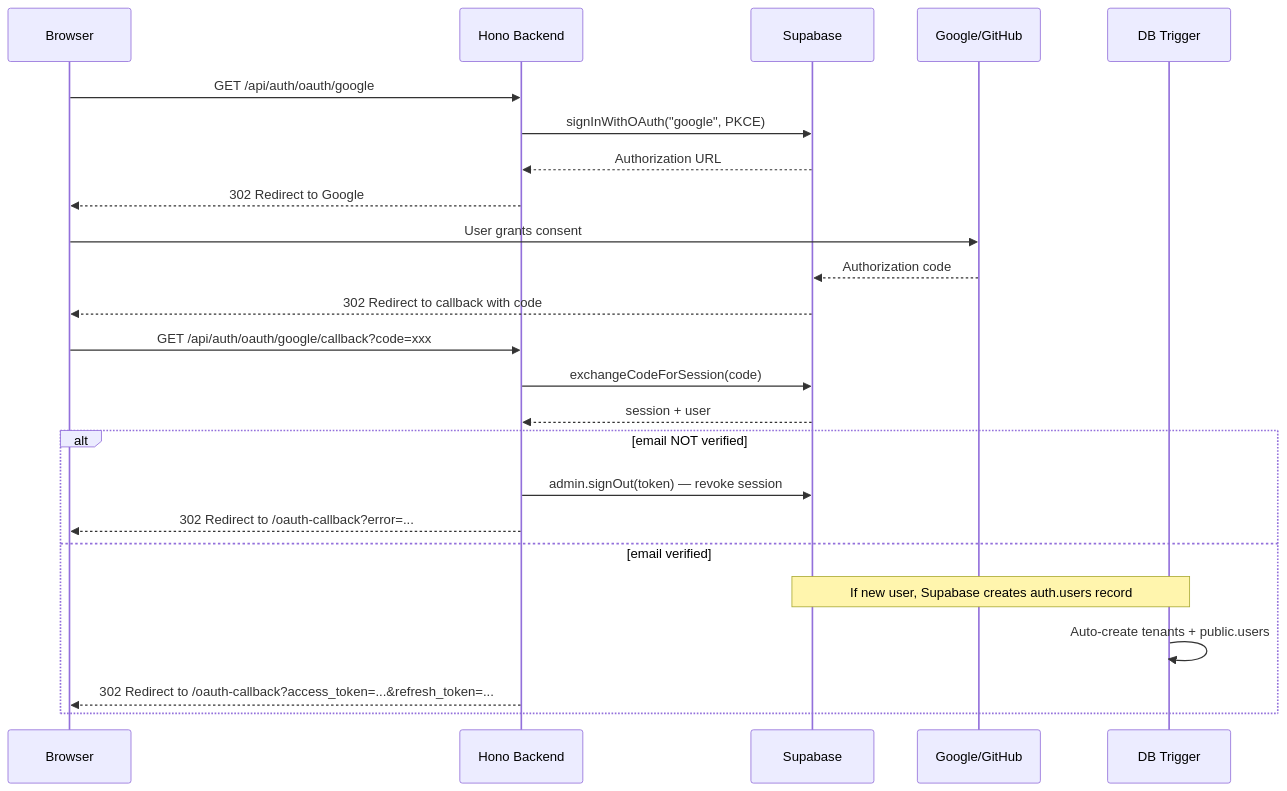
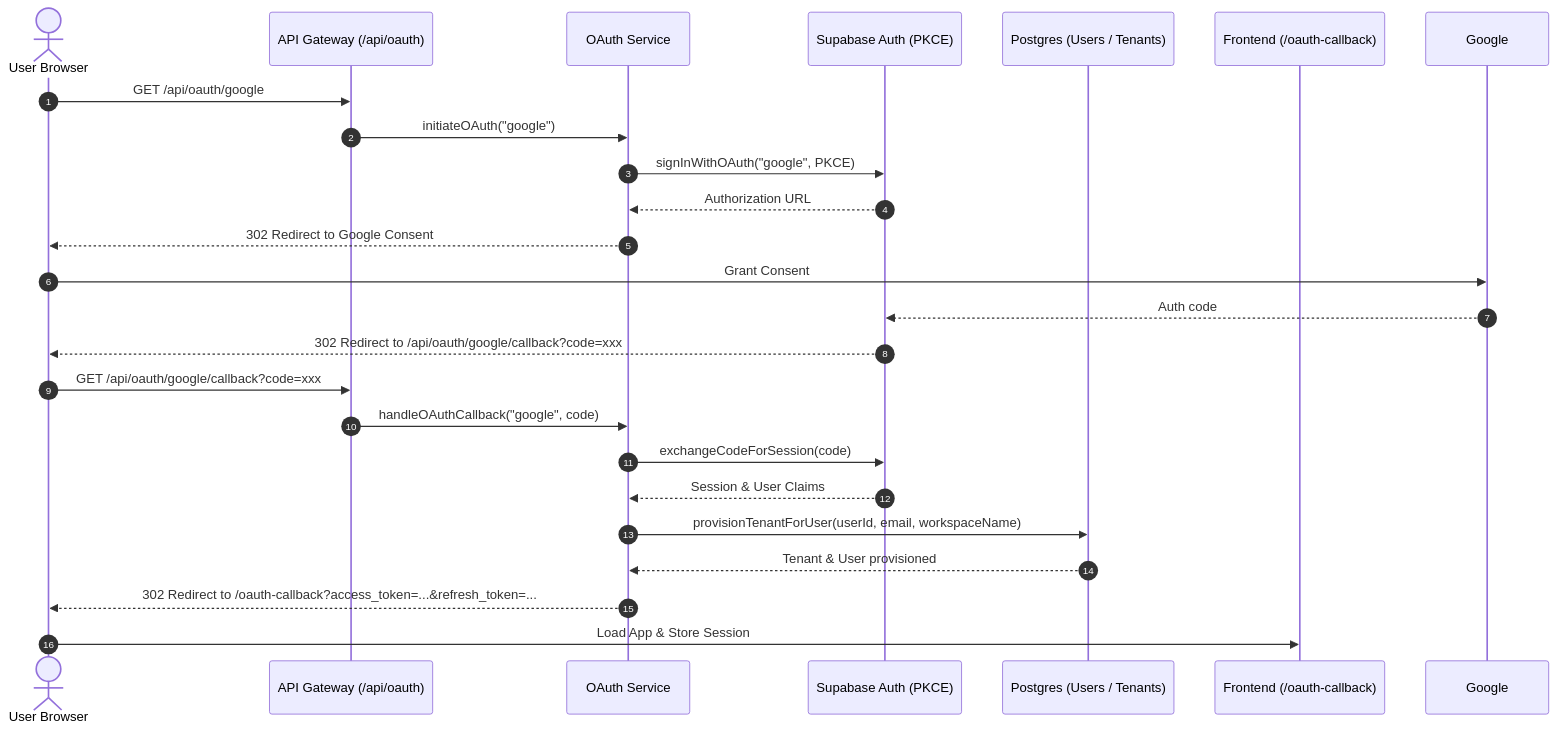
Before and after one commit to kanzhamada/Dokyudo: the diagram in docs/backend/auth-oauth.md, drawn with Mermaid. The commit also changed other lines of this file and 67 other files, not shown here.

Commit message:
Refactor auth modules into dedicated `/api/me` and `/api/oauth` paths, move account deletion into MeService, and add SIMULATE tier abuse prevention via pseudonymized email hash

````diff
--- a/docs/backend/auth-oauth.md
+++ b/docs/backend/auth-oauth.md
@@ -27,30 +30,30 @@
 ```mermaid
 sequenceDiagram
-    participant Browser
-    participant Backend as Hono Backend
-    participant Supabase
-    participant Google as Google/GitHub
-    participant DB Trigger
+    autonumber
+    actor Browser as User Browser
+    participant Router as API Gateway (/api/oauth)
+    participant OAuthService as OAuth Service
+    participant Supabase as Supabase Auth (PKCE)
+    participant DB as Postgres (Users / Tenants)
+    participant Frontend as Frontend (/oauth-callback)
 
-    Browser->>Backend: GET /api/auth/oauth/google
-    Backend->>Supabase: signInWithOAuth("google", PKCE)
-    Supabase-->>Backend: Authorization URL
-    Backend-->>Browser: 302 Redirect to Google
+    Browser->>Router: GET /api/oauth/google
+    Router->>OAuthService: initiateOAuth("google")
+    OAuthService->>Supabase: signInWithOAuth("google", PKCE)
+    Supabase-->>OAuthService: Authorization URL
+    OAuthService-->>Browser: 302 Redirect to Google Consent
 
-    Browser->>Google: User grants consent
-    Google-->>Supabase: Authorization code
-    Supabase-->>Browser: 302 Redirect to callback with code
+    Browser->>Google: Grant Consent
+    Google-->>Supabase: Auth code
+    Supabase-->>Browser: 302 Redirect to /api/oauth/google/callback?code=xxx
 
-    Browser->>Backend: GET /api/auth/oauth/google/callback?code=xxx
-    Backend->>Supabase: exchangeCodeForSession(code)
-    Supabase-->>Backend: session + user
+    Browser->>Router: GET /api/oauth/google/callback?code=xxx
+    Router->>OAuthService: handleOAuthCallback("google", code)
+    OAuthService->>Supabase: exchangeCodeForSession(code)
+    Supabase-->>OAuthService: Session & User Claims
 
-    alt email NOT verified
-        Backend->>Supabase: admin.signOut(token) — revoke session
-        Backend-->>Browser: 302 Redirect to /oauth-callback?error=...
-    else email verified
-        Note over Supabase,DB Trigger: If new user, Supabase creates auth.users record
-        DB Trigger->>DB Trigger: Auto-create tenants + public.users
-        Backend-->>Browser: 302 Redirect to /oauth-callback?access_token=...&refresh_token=...
-    end
+    OAuthService->>DB: provisionTenantForUser(userId, email, workspaceName)
+    DB-->>OAuthService: Tenant & User provisioned
+    OAuthService-->>Browser: 302 Redirect to /oauth-callback?access_token=...&refresh_token=...
+    Browser->>Frontend: Load App & Store Session
 ```
````
